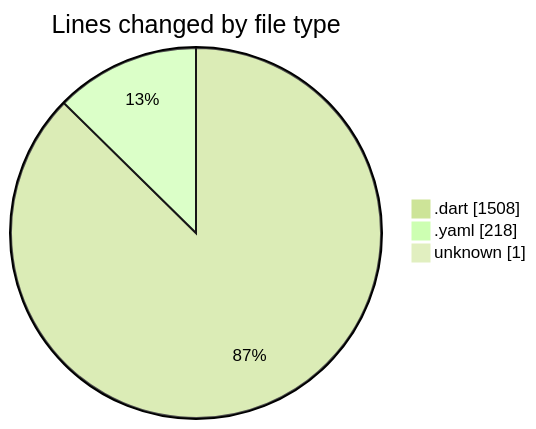
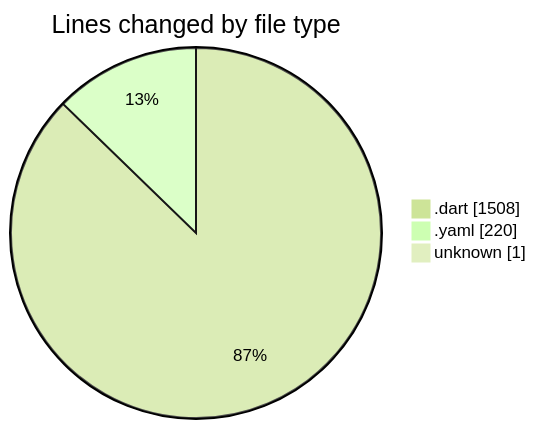
The first of 2 diagrams in 2025-03-08/uber_clone/README.md (donsfak/code-tracking), drawn with Mermaid (forest theme) before and after one commit. The commit also changed other lines of this file and 1 other file, not shown here.

````diff
--- a/2025-03-08/uber_clone/README.md
+++ b/2025-03-08/uber_clone/README.md
@@ -24,7 +24,7 @@
 ```mermaid
 pie showData
 title Lines changed by file type
 ".dart" : 1508
-".yaml" : 218
+".yaml" : 220
 "unknown" : 1
 ```
````
